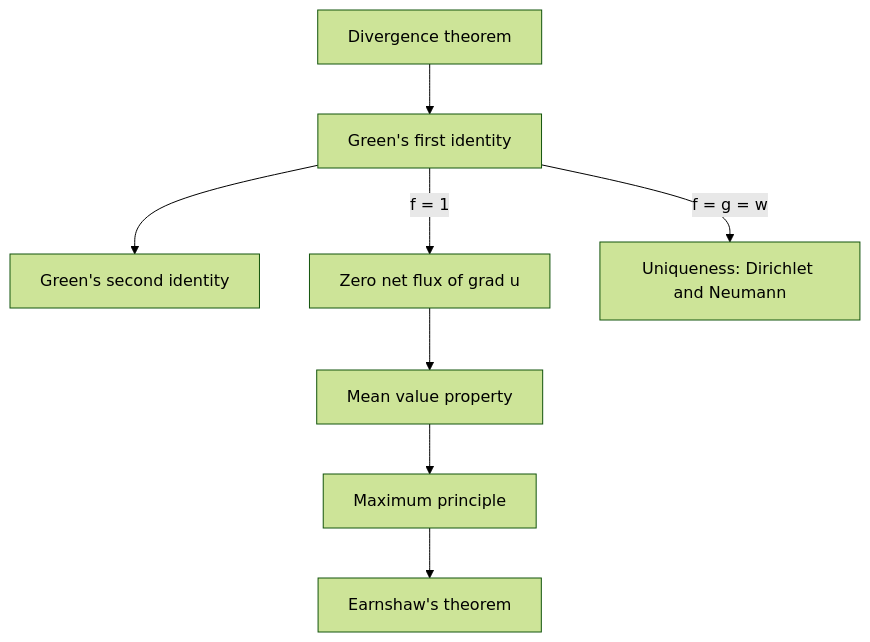
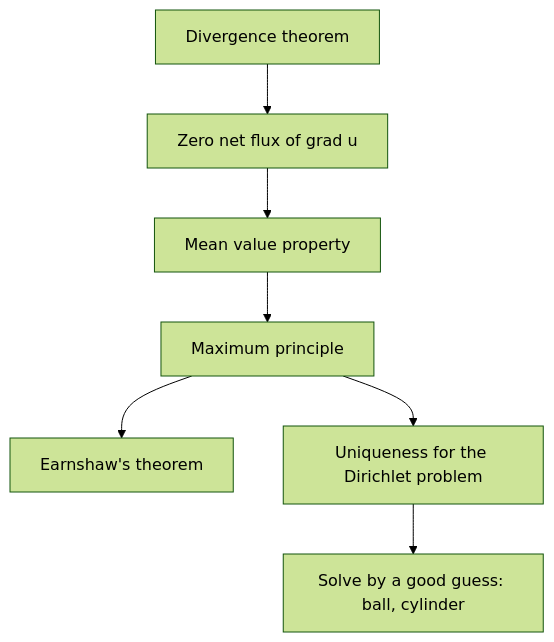
One commit to Aziliz/erudior changed the diagram in content/math/multivariable/lessons/92-harmonic-functions.md. Above: the diagram before and after it, drawn with Mermaid (forest theme). The commit also changed other lines of this file and 33 other files, not shown here.

````diff
--- a/content/math/multivariable/lessons/92-harmonic-functions.md
+++ b/content/math/multivariable/lessons/92-harmonic-functions.md
@@ -128,12 +96,11 @@
 ```mermaid
 flowchart TD
   accTitle: How the results of this lesson depend on each other
-  accDescr: The Divergence theorem gives Green's first identity, which gives Green's second identity. Green's first identity with f equal to 1 says a harmonic function's gradient has zero net flux through every closed surface; that gives the mean value property, which gives the maximum principle, which gives Earnshaw's theorem. Green's first identity with f equal to g, applied to the difference of two solutions, gives uniqueness for the Dirichlet problem and uniqueness up to a constant for the Neumann problem.
-  A["Divergence theorem"] --> B["Green's first identity"]
-  B --> C["Green's second identity"]
-  B -- "f = 1" --> D["Zero net flux of grad u"]
-  D --> E["Mean value property"]
-  E --> F["Maximum principle"]
-  F --> G["Earnshaw's theorem"]
-  B -- "f = g = w" --> H["Uniqueness: Dirichlet and Neumann"]
+  accDescr: The Divergence theorem shows that the gradient of a harmonic function has zero net flux through every closed surface. That gives the mean value property, which gives the maximum principle. The maximum principle gives Earnshaw's theorem in electrostatics and a second proof that the Dirichlet problem has at most one solution. Uniqueness lets us solve boundary problems by guessing, as for the steady temperature in a ball and the flow around a cylinder.
+  A["Divergence theorem"] --> B["Zero net flux of grad u"]
+  B --> C["Mean value property"]
+  C --> D["Maximum principle"]
+  D --> E["Earnshaw's theorem"]
+  D --> F["Uniqueness for the Dirichlet problem"]
+  F --> G["Solve by a good guess: ball, cylinder"]
 ```
````
